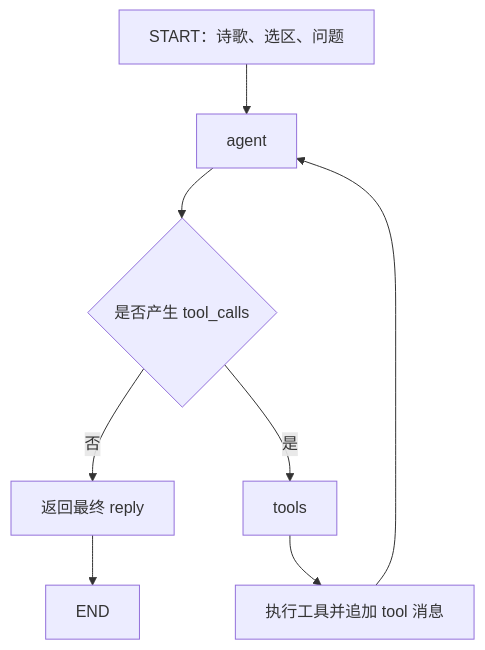
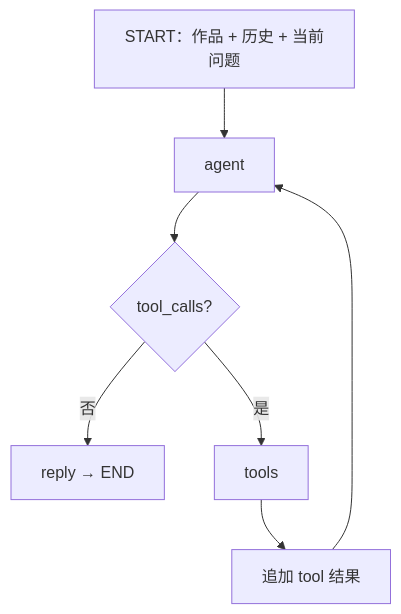
The diagram in docs/architecture/langgraph.md (montricwang/poeticus), drawn with Mermaid before and after one commit. The commit also changed other lines of this file and 23 other files, not shown here.

````diff
--- a/docs/architecture/langgraph.md
+++ b/docs/architecture/langgraph.md
@@ -14,10 +9,9 @@
 ```mermaid
 flowchart TD
-    A["START：诗歌、选区、问题"] --> B["agent"]
-    B --> C{"是否产生 tool_calls"}
-    C -->|否| D["返回最终 reply"]
+    A["START：作品 + 历史 + 当前问题"] --> B["agent"]
+    B --> C{"tool_calls?"}
+    C -->|否| D["reply → END"]
     C -->|是| E["tools"]
-    E --> F["执行工具并追加 tool 消息"]
+    E --> F["追加 tool 结果"]
     F --> B
-    D --> G["END"]
 ```
````
